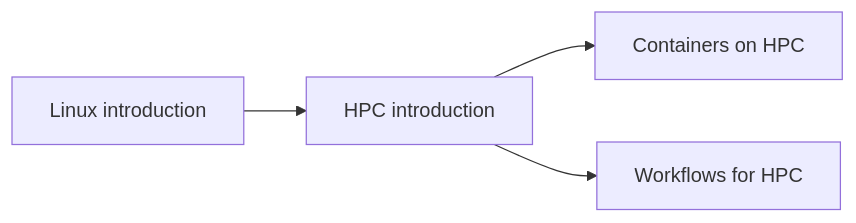
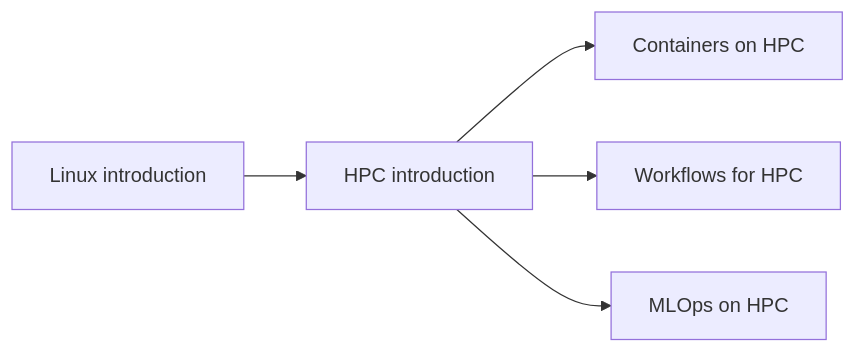
One commit to gjbex/Training-sessions changed the diagram in docs/using_hpc_systems.md. Above: the diagram before and after it, drawn with Mermaid. The commit also changed 4 other files, not shown here.

````diff
--- a/docs/using_hpc_systems.md
+++ b/docs/using_hpc_systems.md
@@ -3,10 +3,12 @@
 ```mermaid
 graph LR
     Linux_intro[Linux introduction] --> HPC_intro[HPC introduction]
     HPC_intro --> Containers_on_HPC[Containers on HPC]
     HPC_intro --> Workflows_for_HPC[Workflows for HPC]
+    HPC_intro --> MLOps_on_HPC[MLOps on HPC]
     click Linux_intro "https://gjbex.github.io/Training-sessions/linux_intro" "Linux introduction"
     click HPC_intro "https://gjbex.github.io/Training-sessions/hpc_intro" "HPC introduction"
     click Containers_on_HPC "https://gjbex.github.io/Containers-for-HPC/" "Containers on HPC"
     click Workflows_for_HPC "https://gjbex.github.io/Workflows-for-HPC/" "Workflows for HPC"
+    click MLOps_on_HPC "https://gjbex.github.io/MLOps-on-HPC/" "MLOps on HPC"
 ```
````
